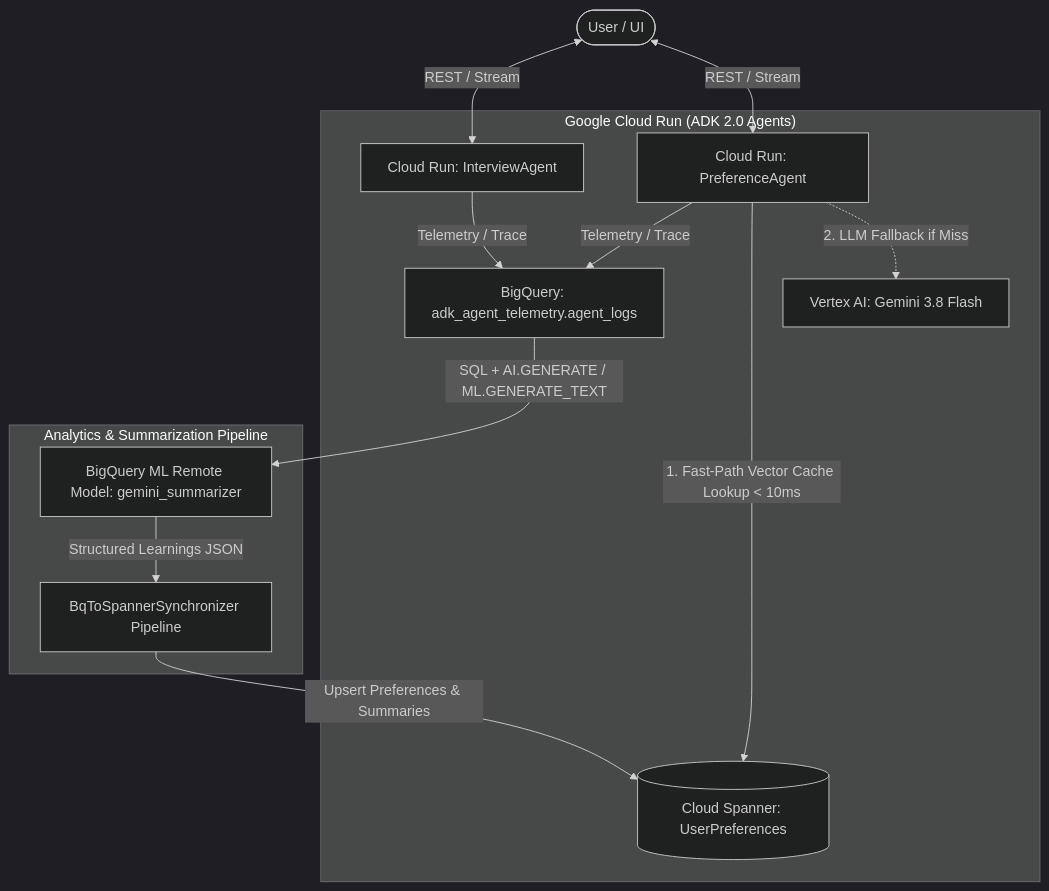
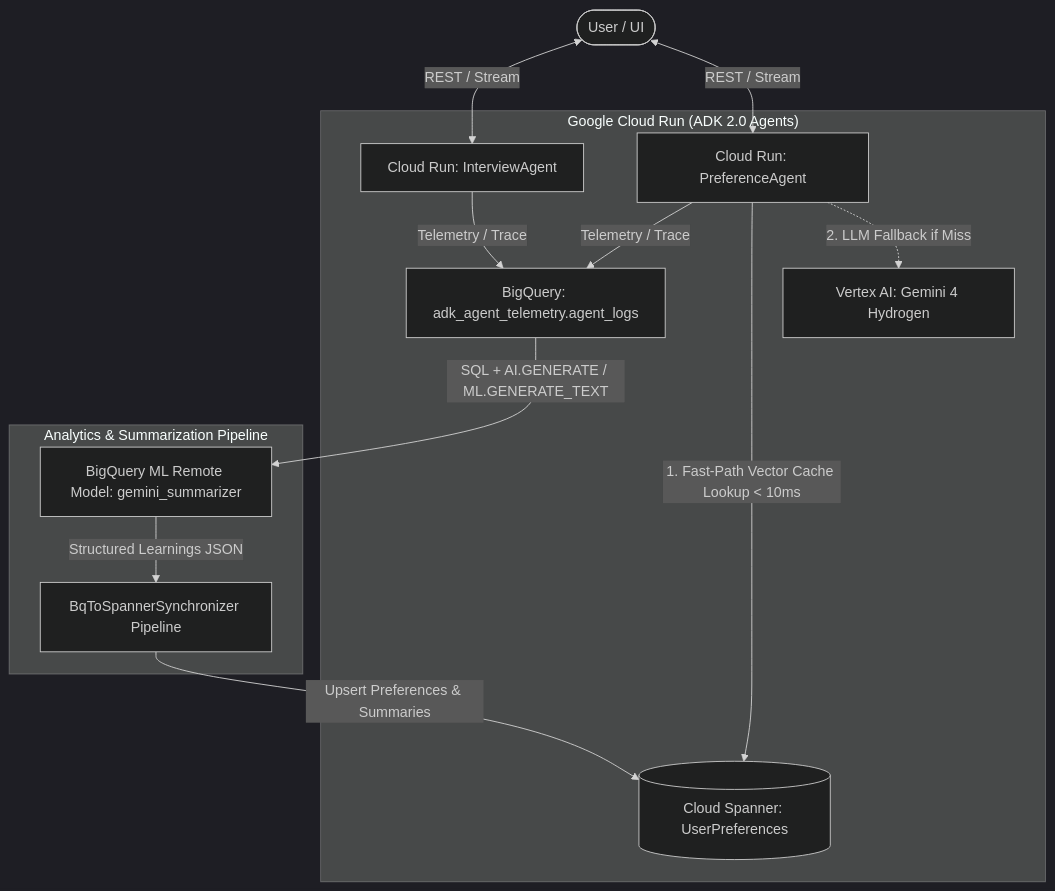
The diagram in README.md (davenportjw/agentic-memory), drawn with Mermaid (dark theme) before and after one commit. The commit also changed other lines of this file and 31 other files, not shown here.

````diff
--- a/README.md
+++ b/README.md
@@ -183,18 +187,18 @@
 ```mermaid
 graph TD
     User([User / UI]) <-->|REST / Stream| CloudRun1[Cloud Run: InterviewAgent]
     User <-->|REST / Stream| CloudRun2[Cloud Run: PreferenceAgent]
     
     subgraph "Google Cloud Run (ADK 2.0 Agents)"
         CloudRun1 -->|Telemetry / Trace| BQ[BigQuery: adk_agent_telemetry.agent_logs]
         CloudRun2 -->|Telemetry / Trace| BQ
         CloudRun2 -->|1. Fast-Path Vector Cache Lookup < 10ms| Spanner[(Cloud Spanner: UserPreferences)]
-        CloudRun2 -.->|2. LLM Fallback if Miss| Gemini[Vertex AI: Gemini 3.8 Flash]
+        CloudRun2 -.->|2. LLM Fallback if Miss| Gemini[Vertex AI: Gemini 4 Hydrogen]
     end
     
     subgraph "Analytics & Summarization Pipeline"
         BQ -->|SQL + AI.GENERATE / ML.GENERATE_TEXT| BQAI[BigQuery ML Remote Model: gemini_summarizer]
         BQAI -->|Structured Learnings JSON| Sync[BqToSpannerSynchronizer Pipeline]
         Sync -->|Upsert Preferences & Summaries| Spanner
     end
 ```
````
